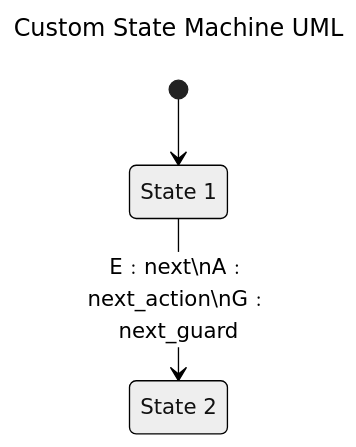
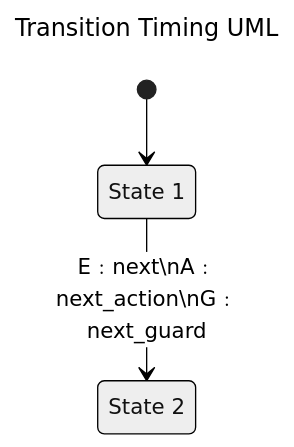
One commit to tongmon/fundamental-practice changed diagram 14 of 14 in Programming Pattern/Behavioral Pattern/State.md. Above: the diagram before and after it, drawn with Mermaid (neutral theme). The commit also changed other lines of this file and 2 other files, not shown here.

Commit message:
23/06/11 pattern update

````diff
--- a/Programming Pattern/Behavioral Pattern/State.md
+++ b/Programming Pattern/Behavioral Pattern/State.md
@@ -2824,11 +2824,11 @@
 ```mermaid
 ---
-title : Custom State Machine UML
+title : Transition Timing UML
 ---
 
 stateDiagram-v2
     State1: State 1
     State2: State 2  
     [*] --> State1
     State1 --> State2 : E﹕next\nA﹕next_action\nG﹕next_guard
 ```
````
